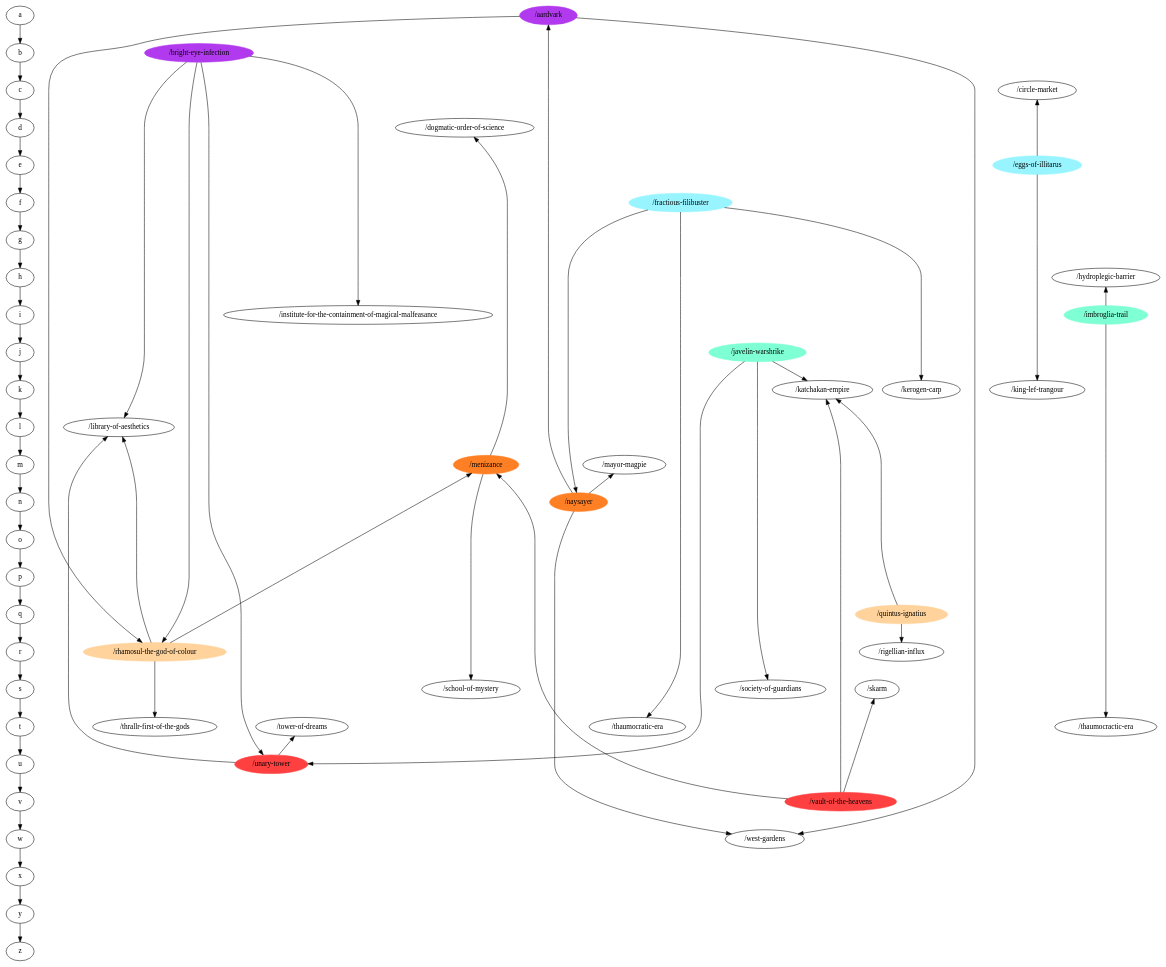
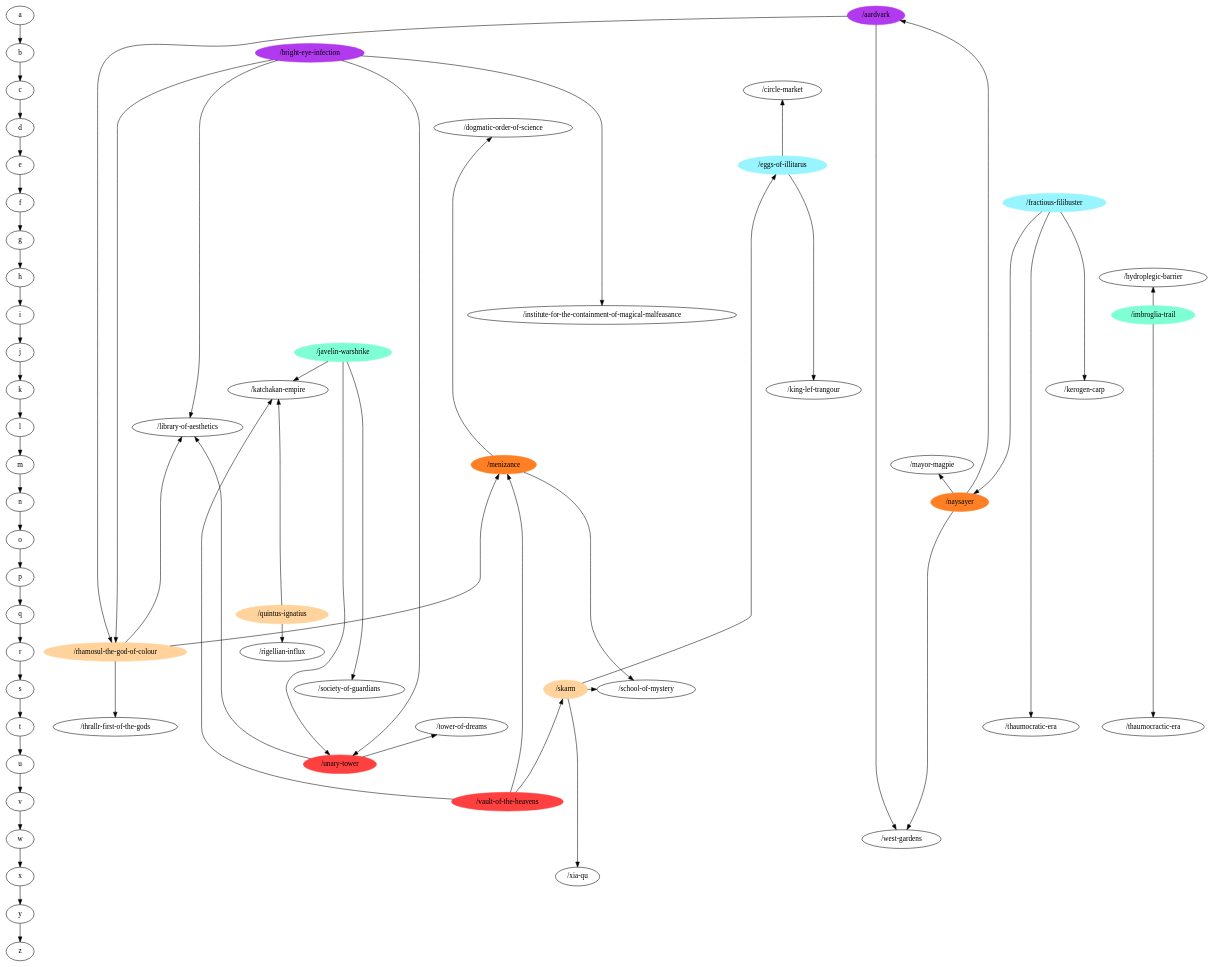
The diagram in at-ranked.dot (m-r-hunt/od117-walker), drawn with Graphviz before and after one commit. The commit also changed 3 other files, not shown here.

Commit message:
Updated graphs.

```diff
--- a/at-ranked.dot
+++ b/at-ranked.dot
@@ -1,142 +1,146 @@
 digraph G {
 a->b->c->d->e->f->g->h->i->j->k->l->m->n->o->p->q->r->s->t->u->v->w->x->y->z;
 { rank=same;
 a;
 "/aardvark" [color=darkorchid2,style=filled];
 }
 { rank=same;
 b;
 "/bright-eye-infection" [color=darkorchid2,style=filled];
 }
 { rank=same;
 c;
 "/circle-market";
 }
 { rank=same;
 d;
 "/dogmatic-order-of-science";
 }
 { rank=same;
 e;
 "/eggs-of-illitarus" [color=cadetblue1,style=filled];
 }
 { rank=same;
 f;
 "/fractious-filibuster" [color=cadetblue1,style=filled];
 }
 { rank=same;
 g;
 }
 { rank=same;
 h;
 "/hydroplegic-barrier";
 }
 { rank=same;
 i;
 "/institute-for-the-containment-of-magical-malfeasance";
 "/imbroglia-trail" [color=aquamarine,style=filled];
 }
 { rank=same;
 j;
 "/javelin-warshrike" [color=aquamarine,style=filled];
 }
 { rank=same;
 k;
 "/kerogen-carp";
 "/king-lef-trangour";
 "/katchakan-empire";
 }
 { rank=same;
 l;
 "/library-of-aesthetics";
 }
 { rank=same;
 m;
 "/mayor-magpie";
 "/menizance" [color=chocolate1,style=filled];
 }
 { rank=same;
 n;
 "/naysayer" [color=chocolate1,style=filled];
 }
 { rank=same;
 o;
 }
 { rank=same;
 p;
 }
 { rank=same;
 q;
 "/quintus-ignatius" [color=burlywood1,style=filled];
 }
 { rank=same;
 r;
 "/rhamosul-the-god-of-colour" [color=burlywood1,style=filled];
 "/rigellian-influx";
 }
 { rank=same;
 s;
-"/skarm";
+"/skarm" [color=burlywood1,style=filled];
 "/school-of-mystery";
 "/society-of-guardians";
 }
 { rank=same;
 t;
 "/thrallr-first-of-the-gods";
 "/thaumocractic-era";
 "/thaumocratic-era";
 "/tower-of-dreams";
 }
 { rank=same;
 u;
 "/unary-tower" [color=brown1,style=filled];
 }
 { rank=same;
 v;
 "/vault-of-the-heavens" [color=brown1,style=filled];
 }
 { rank=same;
 w;
 "/west-gardens";
 }
 { rank=same;
 x;
+"/xia-qu";
 }
 { rank=same;
 y;
 }
 { rank=same;
 z;
 }
 "/unary-tower" -> "/tower-of-dreams";
 "/unary-tower" -> "/library-of-aesthetics";
+"/skarm" -> "/school-of-mystery";
+"/skarm" -> "/eggs-of-illitarus";
+"/skarm" -> "/xia-qu";
 "/javelin-warshrike" -> "/unary-tower";
 "/javelin-warshrike" -> "/society-of-guardians";
 "/javelin-warshrike" -> "/katchakan-empire";
 "/imbroglia-trail" -> "/thaumocractic-era";
 "/imbroglia-trail" -> "/hydroplegic-barrier";
 "/rhamosul-the-god-of-colour" -> "/thrallr-first-of-the-gods";
 "/rhamosul-the-god-of-colour" -> "/library-of-aesthetics";
 "/rhamosul-the-god-of-colour" -> "/menizance";
 "/eggs-of-illitarus" -> "/king-lef-trangour";
 "/eggs-of-illitarus" -> "/circle-market";
 "/naysayer" -> "/west-gardens";
 "/naysayer" -> "/mayor-magpie";
 "/naysayer" -> "/aardvark";
 "/quintus-ignatius" -> "/rigellian-influx";
 "/quintus-ignatius" -> "/katchakan-empire";
 "/bright-eye-infection" -> "/institute-for-the-containment-of-magical-malfeasance";
 "/bright-eye-infection" -> "/unary-tower";
 "/bright-eye-infection" -> "/rhamosul-the-god-of-colour";
 "/bright-eye-infection" -> "/library-of-aesthetics";
 "/vault-of-the-heavens" -> "/skarm";
 "/vault-of-the-heavens" -> "/menizance";
 "/vault-of-the-heavens" -> "/katchakan-empire";
 "/fractious-filibuster" -> "/kerogen-carp";
 "/fractious-filibuster" -> "/naysayer";
 "/fractious-filibuster" -> "/thaumocratic-era";
 "/menizance" -> "/school-of-mystery";
 "/menizance" -> "/dogmatic-order-of-science";
 "/aardvark" -> "/rhamosul-the-god-of-colour";
 "/aardvark" -> "/west-gardens";
 }
```
